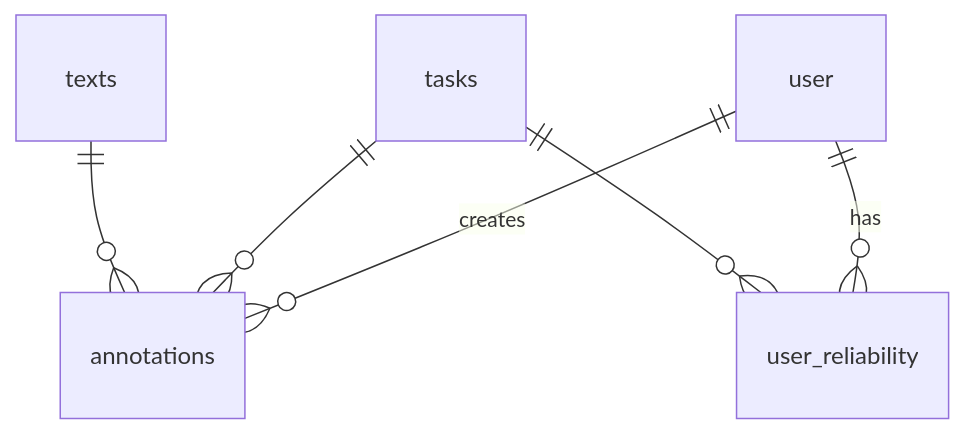
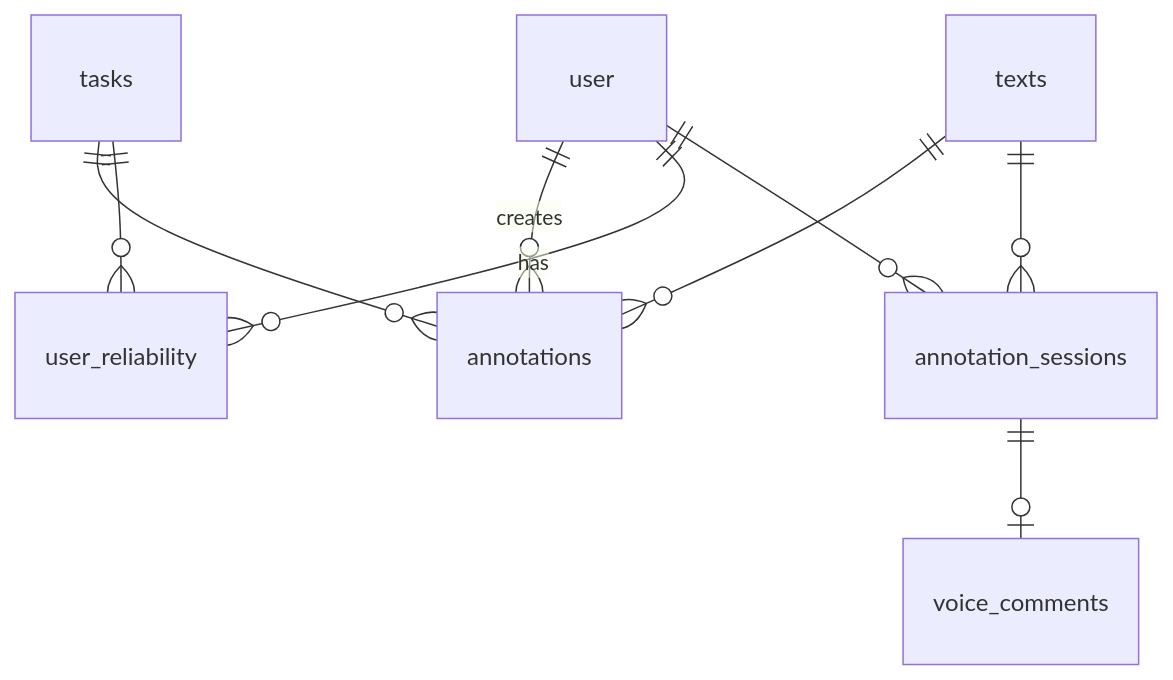
One commit to michal-hradis/semant_text_cl_app changed the diagram in docs/data_model.md. Above: the diagram before and after it, drawn with Mermaid. The commit also changed other lines of this file and 26 other files, not shown here.

````diff
--- a/docs/data_model.md
+++ b/docs/data_model.md
@@ -5,8 +5,11 @@
 ```mermaid
 erDiagram
     user ||--o{ annotations : creates
     user ||--o{ user_reliability : has
     tasks ||--o{ annotations : ""
     tasks ||--o{ user_reliability : ""
     texts ||--o{ annotations : ""
+    user ||--o{ annotation_sessions : ""
+    texts ||--o{ annotation_sessions : ""
+    annotation_sessions ||--o| voice_comments : ""
 ```
````
